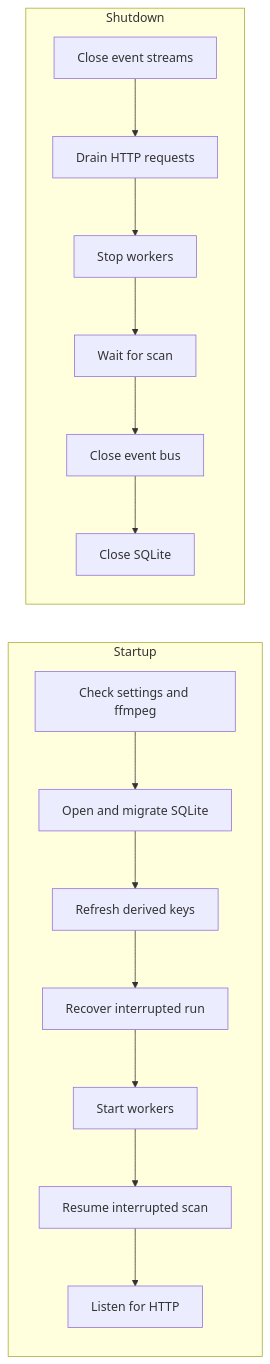
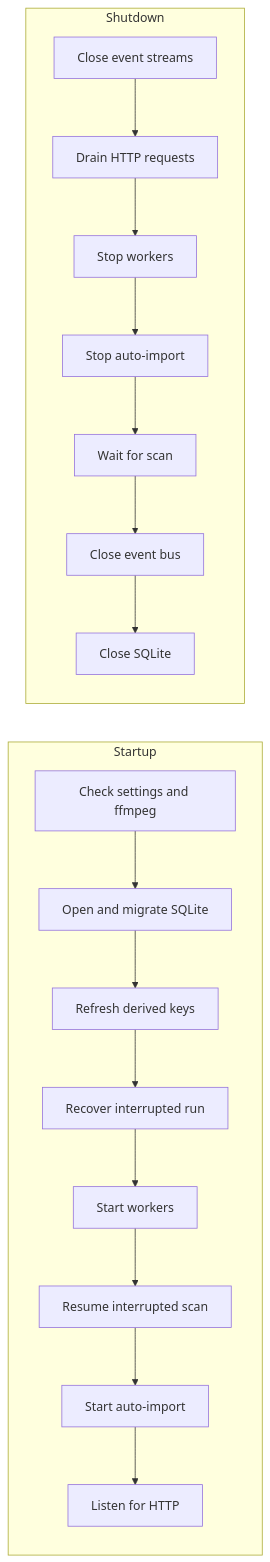
The first of 3 diagrams in docs/design-docs/process-lifecycle.md (syudead/vv), drawn with Mermaid before and after one commit. The commit also changed other lines of this file and 17 other files, not shown here.

````diff
--- a/docs/design-docs/process-lifecycle.md
+++ b/docs/design-docs/process-lifecycle.md
@@ -11,20 +11,22 @@
 ```mermaid
 flowchart LR
   subgraph start[Startup]
     direction TB
     s1[Check settings and ffmpeg] --> s2[Open and migrate SQLite]
     s2 --> s3[Refresh derived keys]
     s3 --> s4[Recover interrupted run]
     s4 --> s5[Start workers]
     s5 --> s6[Resume interrupted scan]
-    s6 --> s7[Listen for HTTP]
+    s6 --> s7[Start auto-import]
+    s7 --> s8[Listen for HTTP]
   end
   subgraph stop[Shutdown]
     direction TB
     t1[Close event streams] --> t2[Drain HTTP requests]
     t2 --> t3[Stop workers]
-    t3 --> t4[Wait for scan]
-    t4 --> t5[Close event bus]
-    t5 --> t6[Close SQLite]
+    t3 --> t4[Stop auto-import]
+    t4 --> t5[Wait for scan]
+    t5 --> t6[Close event bus]
+    t6 --> t7[Close SQLite]
   end
 ```
````
